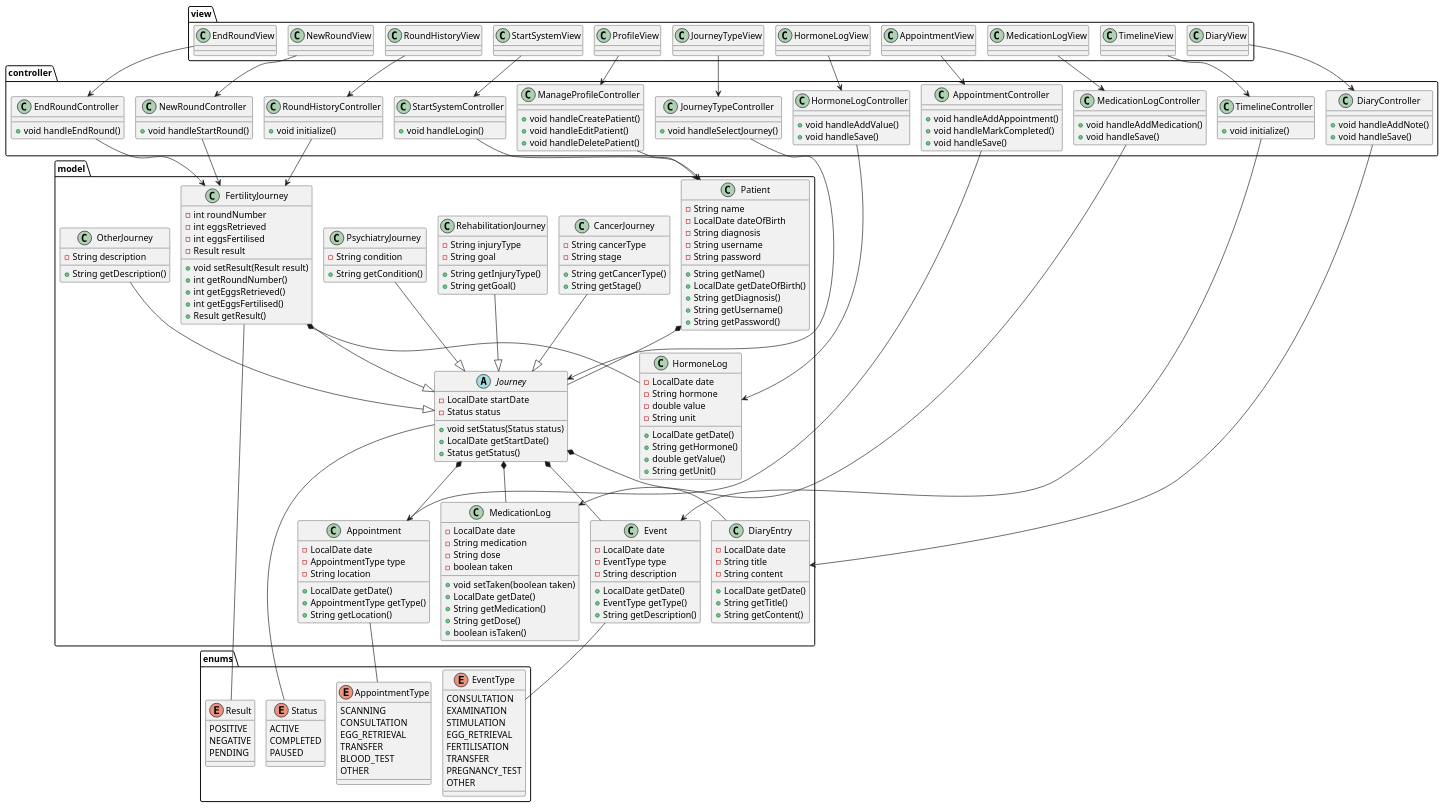
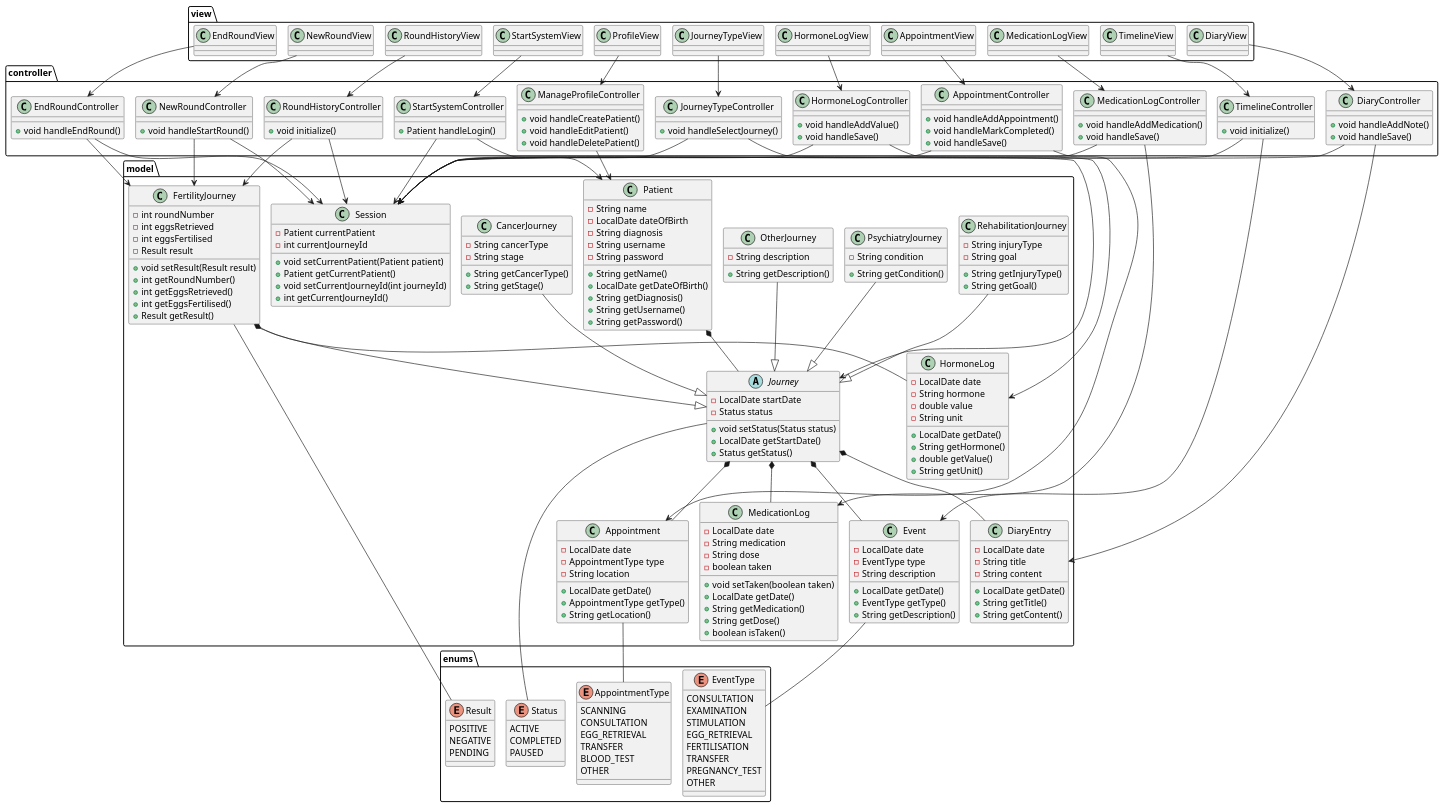
One commit to BesimaP/SP4---MiniSP changed the diagram in doc/static/Klassediagram3.puml. Above: the diagram before and after it, drawn with PlantUML. The commit also changed 2 other files, not shown here.

Commit message:
klassediagram session oprettet

```diff
--- a/doc/static/Klassediagram3.puml
+++ b/doc/static/Klassediagram3.puml
@@ -21,6 +21,15 @@
     + String getDiagnosis()
     + String getUsername()
     + String getPassword()
+  }
+
+  class Session {
+    - Patient currentPatient
+    - int currentJourneyId
+    + void setCurrentPatient(Patient patient)
+    + Patient getCurrentPatient()
+    + void setCurrentJourneyId(int journeyId)
+    + int getCurrentJourneyId()
   }
 
   class FertilityJourney {
@@ -160,7 +169,7 @@
 
 package "controller" {
   class StartSystemController {
-    + void handleLogin()
+    + Patient handleLogin()
   }
 
   class ManageProfileController {
@@ -226,16 +235,26 @@
 
 ' CONTROLLER -> MODEL
 StartSystemController --> Patient
+StartSystemController --> Session
 ManageProfileController --> Patient
 JourneyTypeController --> Journey
+JourneyTypeController --> Session
 NewRoundController --> FertilityJourney
+NewRoundController --> Session
 AppointmentController --> Appointment
+AppointmentController --> Session
 HormoneLogController --> HormoneLog
+HormoneLogController --> Session
 MedicationLogController --> MedicationLog
+MedicationLogController --> Session
 TimelineController --> Event
+TimelineController --> Session
 DiaryController --> DiaryEntry
+DiaryController --> Session
 RoundHistoryController --> FertilityJourney
+RoundHistoryController --> Session
 EndRoundController --> FertilityJourney
+EndRoundController --> Session
 
 ' INHERITANCE
 FertilityJourney --|> Journey
```
